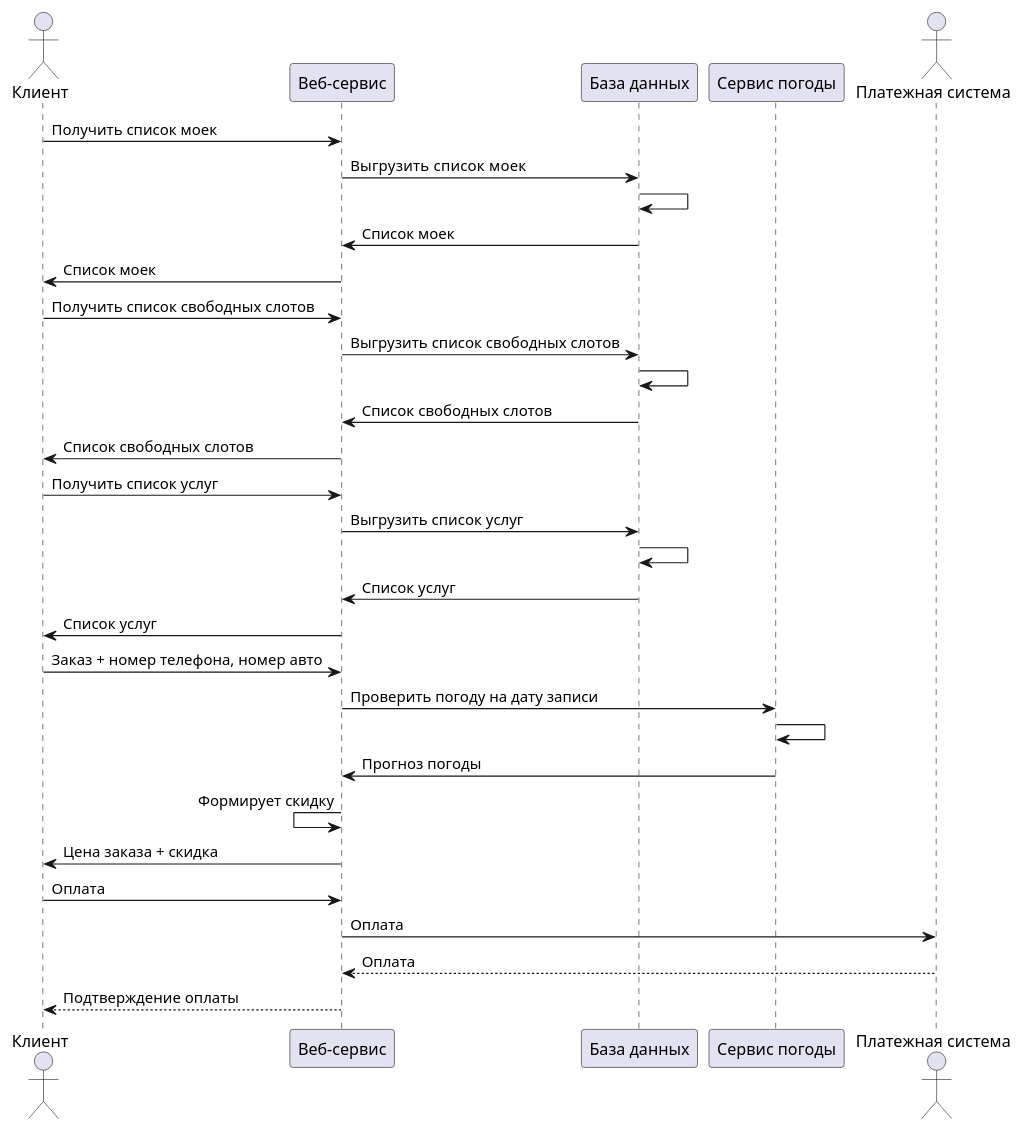
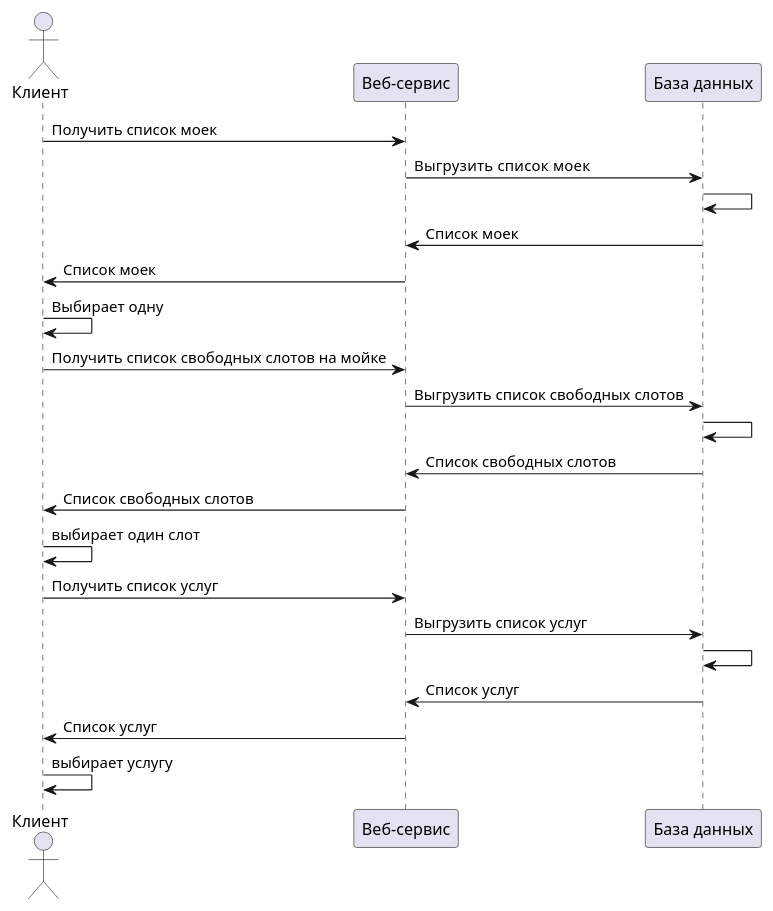
Before and after one commit to CyberSerega/IntegrationServices: the first of 3 diagrams in работа_сервиса.md, drawn with PlantUML. The commit also changed other lines of this file and 7 other files, not shown here.

Commit message:
Fixed all diagrams, updated README.md. Second version to show

````diff
--- a/работа_сервиса.md
+++ b/работа_сервиса.md
@@ -6,43 +7,33 @@
 ```uml
 
 @startuml
 
-actor "Платежная система" as ps
 actor "Клиент" as client
 participant "Веб-сервис" as api
 participant "База данных" as db
-participant "Сервис погоды" as ws
-participant "Сервис оплаты" as ps
 
 client -> api: Получить список моек
 api -> db: Выгрузить список  моек
 db -> db
 db -> api: Список моек
 api -> client: Список моек
+client -> client: Выбирает одну
 
 
-client -> api: Получить список свободных слотов
+client -> api: Получить список свободных слотов на мойке
 api -> db: Выгрузить список свободных слотов
 db -> db
 api <- db: Список свободных слотов
 api -> client: Список свободных слотов
+client -> client: выбирает один слот
 
 client -> api: Получить список услуг
 api -> db: Выгрузить список услуг
 db -> db
 api <- db: Список услуг
 api -> client: Список услуг
+client -> client: выбирает услугу
 
-client -> api: Заказ + номер телефона, номер авто
-api -> ws: Проверить погоду на дату записи
-ws -> ws
-api <- ws: Прогноз погоды
-api <- api: Формирует скидку
-client <- api: Цена заказа + скидка
-client -> api: Оплата
-api -> ps: Оплата
-api <-- ps: Оплата
-client <-- api: Подтверждение оплаты
 @enduml
 
 ```
````
